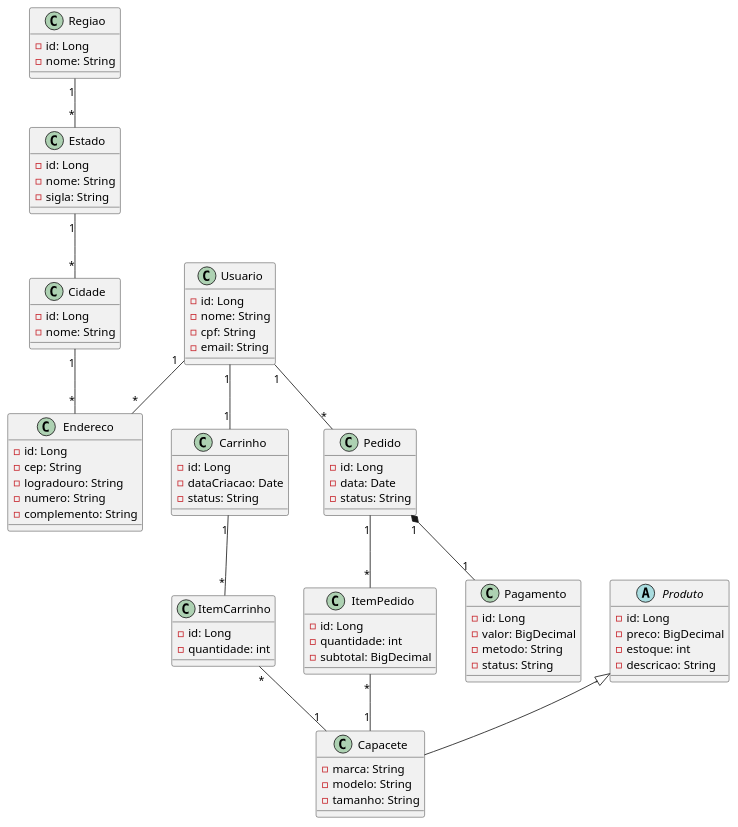
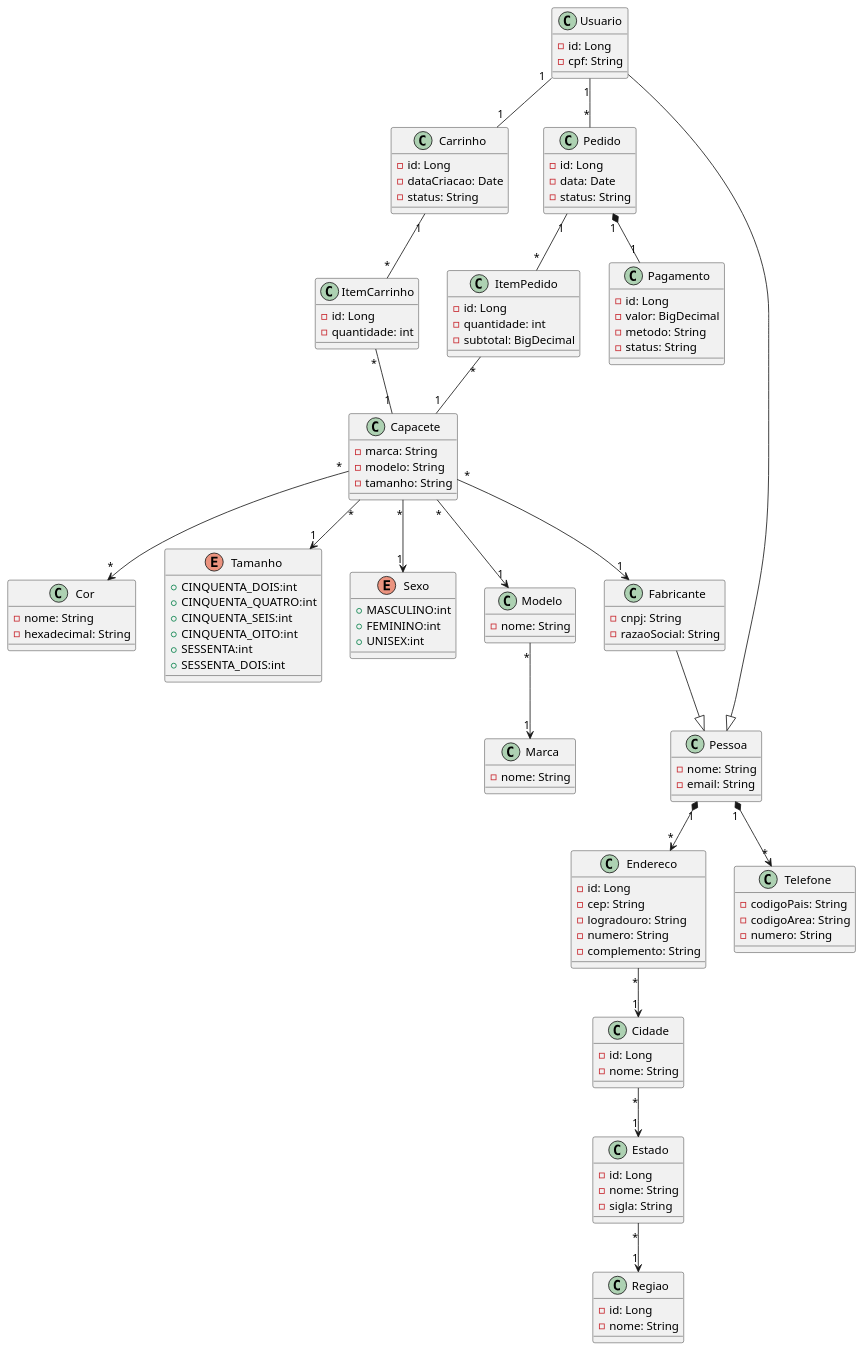
Before and after one commit to ZairoLins/TP1_capacetes_api: the diagram in src/classes.puml, drawn with PlantUML. The commit also changed 2 other files, not shown here.

Commit message:
Diagrama de classes

```diff
--- a/src/classes.puml
+++ b/src/classes.puml
@@ -1,106 +1,147 @@
 @startuml
 
 ' ===Classes de localização===
 
 class Regiao {
   -id: Long
   -nome: String
 }
 
 class Estado {
   -id: Long
   -nome: String
   -sigla: String
 }
 
 class Cidade {
   -id: Long
   -nome: String
 }
 
 class Endereco {
   -id: Long
   -cep: String
   -logradouro: String
   -numero: String
   -complemento: String
 }
 
 ' ===Usuário===
 
 class Usuario {
   -id: Long
-  -nome: String
   -cpf: String
-  -email: String
-}
-
-' ===Produtos===
-
-abstract class Produto {
-  -id: Long
-  -preco: BigDecimal
-  -estoque: int
-  -descricao: String
 }
 
 class Capacete {
   -marca: String
   -modelo: String
   -tamanho: String
 }
 
 ' === Carrinho ===
 
 class Carrinho {
   -id: Long
   -dataCriacao: Date
   -status: String
 }
 
 class ItemCarrinho {
   -id: Long
   -quantidade: int
 }
 
 ' === Pedido ===
 
 class Pedido {
   -id: Long
   -data: Date
   -status: String
 }
 
 class ItemPedido {
   -id: Long
   -quantidade: int
   -subtotal: BigDecimal
 }
 
 class Pagamento {
   -id: Long
   -valor: BigDecimal
   -metodo: String
   -status: String
 }
 
+class Cor {
+  -nome: String
+  -hexadecimal: String
+}
+
+enum Tamanho {
+  +CINQUENTA_DOIS:int
+  +CINQUENTA_QUATRO:int
+  +CINQUENTA_SEIS:int
+  +CINQUENTA_OITO:int
+  +SESSENTA:int
+  +SESSENTA_DOIS:int
+}
+
+enum Sexo {
+  +MASCULINO:int
+  +FEMININO:int
+  +UNISEX:int
+}
+
+class Modelo {
+  -nome: String
+}
+
+class Marca {
+  -nome: String 
+}
+
+class Fabricante {
+  -cnpj: String
+  -razaoSocial: String
+}
+
+class Pessoa {
+  -nome: String
+  -email: String
+}
+
+class Telefone {
+  -codigoPais: String
+  -codigoArea: String 
+  -numero: String
+}
+
 ' === Relações ===
 
-Regiao "1" -- "*" Estado
-Estado "1" -- "*" Cidade
-Cidade "1" -- "*" Endereco
-Usuario "1" -- "*" Endereco
-
-Produto <|-- Capacete
+Endereco "*" --> "1" Cidade
+Cidade "*" --> "1" Estado
+Estado "*" --> "1" Regiao
 
 Usuario "1" -- "1" Carrinho
 Carrinho "1" -- "*" ItemCarrinho
 ItemCarrinho "*" -- "1" Capacete
 
 Usuario "1" -- "*" Pedido
 Pedido "1" -- "*" ItemPedido
 ItemPedido "*" -- "1" Capacete
 
 Pedido "1" *-- "1" Pagamento
+Capacete "*" --> "1" Modelo
+Modelo "*" --> "1" Marca
+Capacete "*" --> "*" Cor
+Capacete "*" --> "1" Fabricante
+Capacete "*" --> "1" Tamanho
+Capacete "*" --> "1" Sexo
+
+Fabricante --|> Pessoa
+Usuario --|> Pessoa
+Pessoa "1" *--> "*" Endereco
+Pessoa "1" *--> "*" Telefone
 
 @enduml
```
